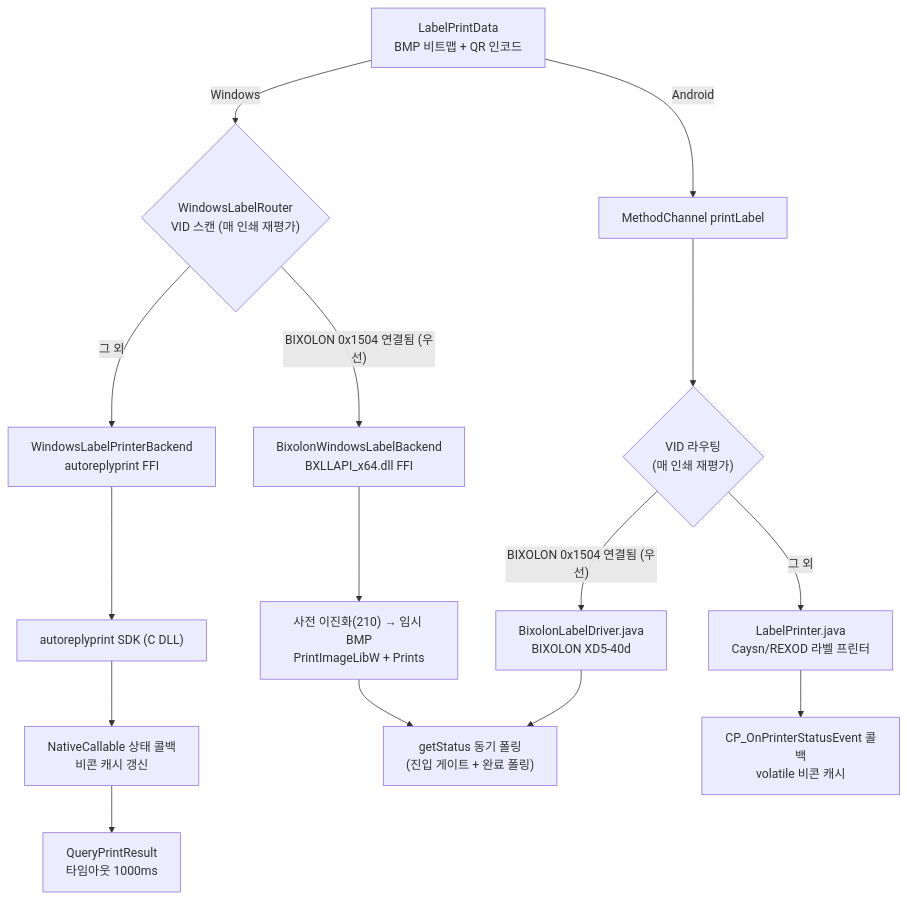
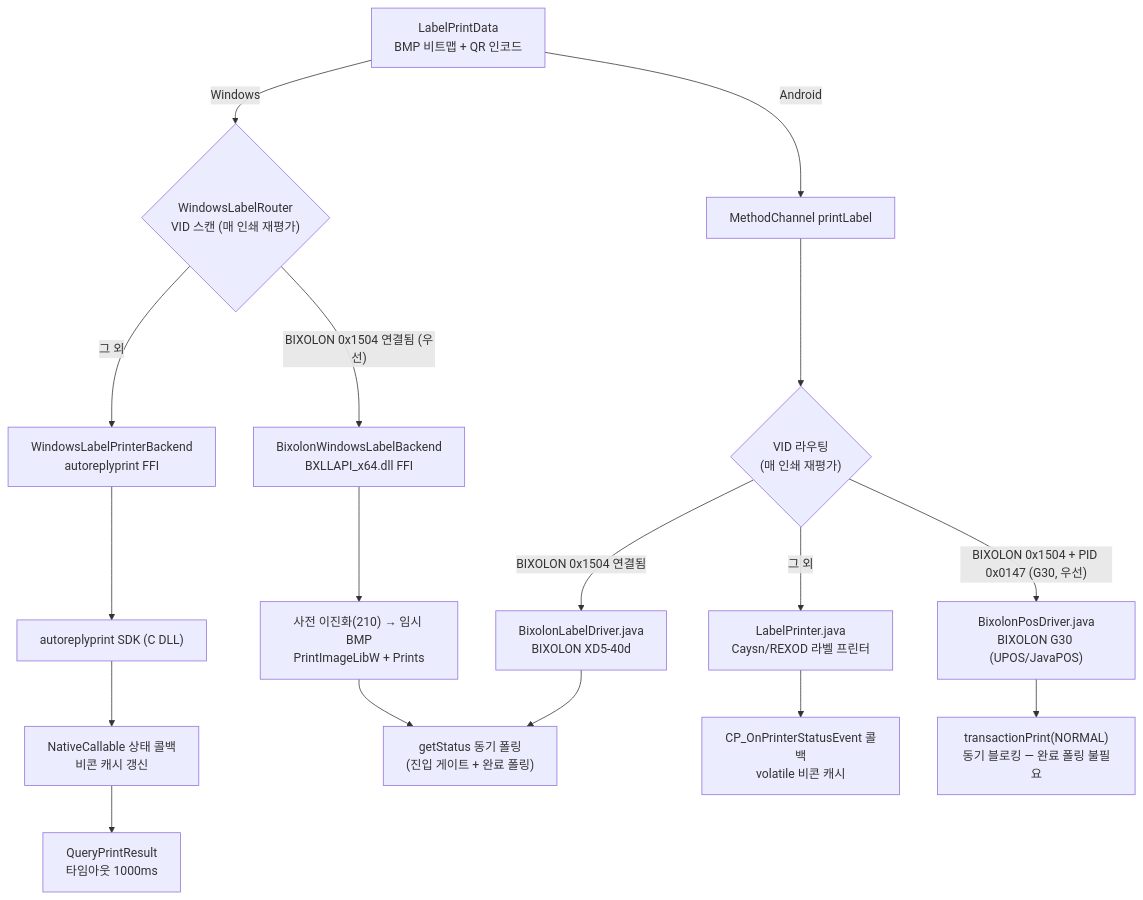
Before and after one commit to waldlustpos/appfit_order_agent: the third of 4 diagrams in docs/PRINTER_FLOW.md, drawn with Mermaid. The commit also changed other lines of this file and 21 other files, not shown here.

First line of the commit message:
feat(print): BIXOLON G30 라벨프린터 통합 + 40mm 연속용지 레이아웃

````diff
--- a/docs/PRINTER_FLOW.md
+++ b/docs/PRINTER_FLOW.md
@@ -102,20 +102,22 @@
 ```mermaid
 flowchart TD
     LBL["LabelPrintData<br/>BMP 비트맵 + QR 인코드"]
     LBL -->|Windows| WRT{"WindowsLabelRouter<br/>VID 스캔 (매 인쇄 재평가)"}
     LBL -->|Android| LMC["MethodChannel printLabel"]
 
     WRT -->|"BIXOLON 0x1504 연결됨 (우선)"| BWB["BixolonWindowsLabelBackend<br/>BXLLAPI_x64.dll FFI"]
     WRT -->|그 외| WB["WindowsLabelPrinterBackend<br/>autoreplyprint FFI"]
     WB --> FFI["autoreplyprint SDK (C DLL)"]
     FFI --> CB["NativeCallable 상태 콜백<br/>비콘 캐시 갱신"]
     CB --> QPR["QueryPrintResult<br/>타임아웃 1000ms"]
     BWB --> BMP["사전 이진화(210) → 임시 BMP<br/>PrintImageLibW + Prints"]
     BMP --> BST["CheckStatus 동기 폴링<br/>(진입 게이트 + 완료 폴링)"]
 
     LMC --> RT{"VID 라우팅<br/>(매 인쇄 재평가)"}
-    RT -->|"BIXOLON 0x1504 연결됨 (우선)"| BXD["BixolonLabelDriver.java<br/>BIXOLON XD5-40d"]
+    RT -->|"BIXOLON 0x1504 + PID 0x0147 (G30, 우선)"| BPD["BixolonPosDriver.java<br/>BIXOLON G30 (UPOS/JavaPOS)"]
+    RT -->|"BIXOLON 0x1504 연결됨"| BXD["BixolonLabelDriver.java<br/>BIXOLON XD5-40d"]
     RT -->|그 외| LJ["LabelPrinter.java<br/>Caysn/REXOD 라벨 프린터"]
     LJ --> LCB["CP_OnPrinterStatusEvent 콜백<br/>volatile 비콘 캐시"]
     BXD --> BST["getStatus 동기 폴링<br/>(진입 게이트 + 완료 폴링)"]
+    BPD --> BTX["transactionPrint(NORMAL)<br/>동기 블로킹 — 완료 폴링 불필요"]
 ```
````
